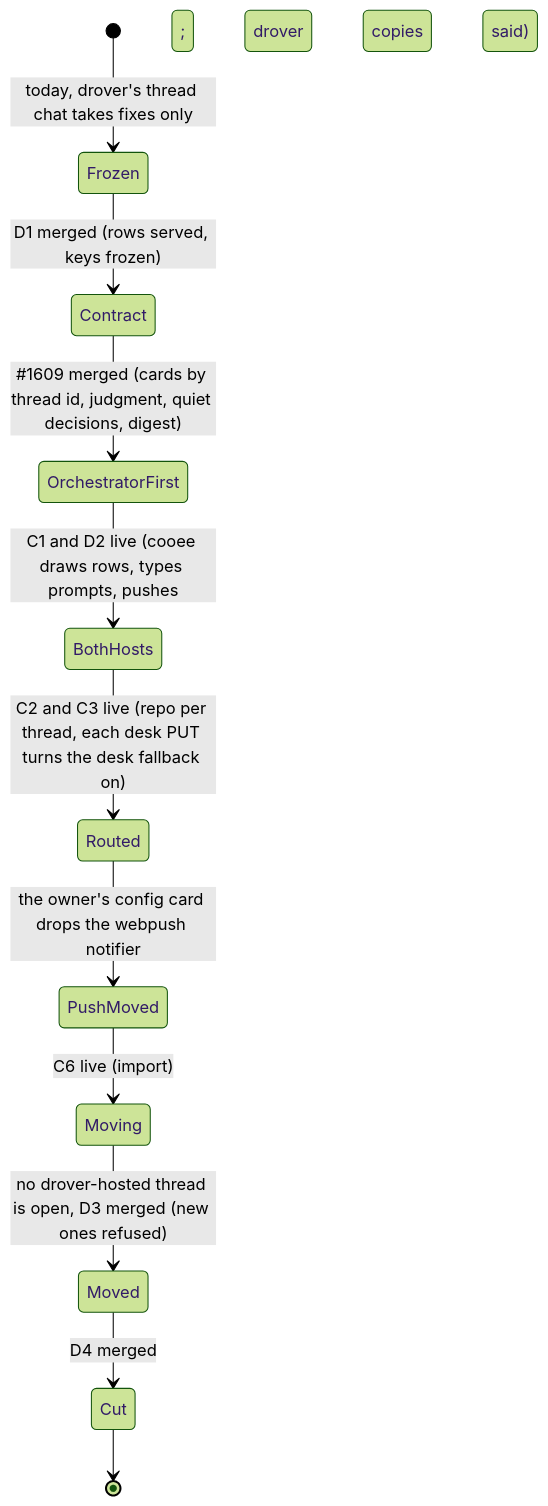
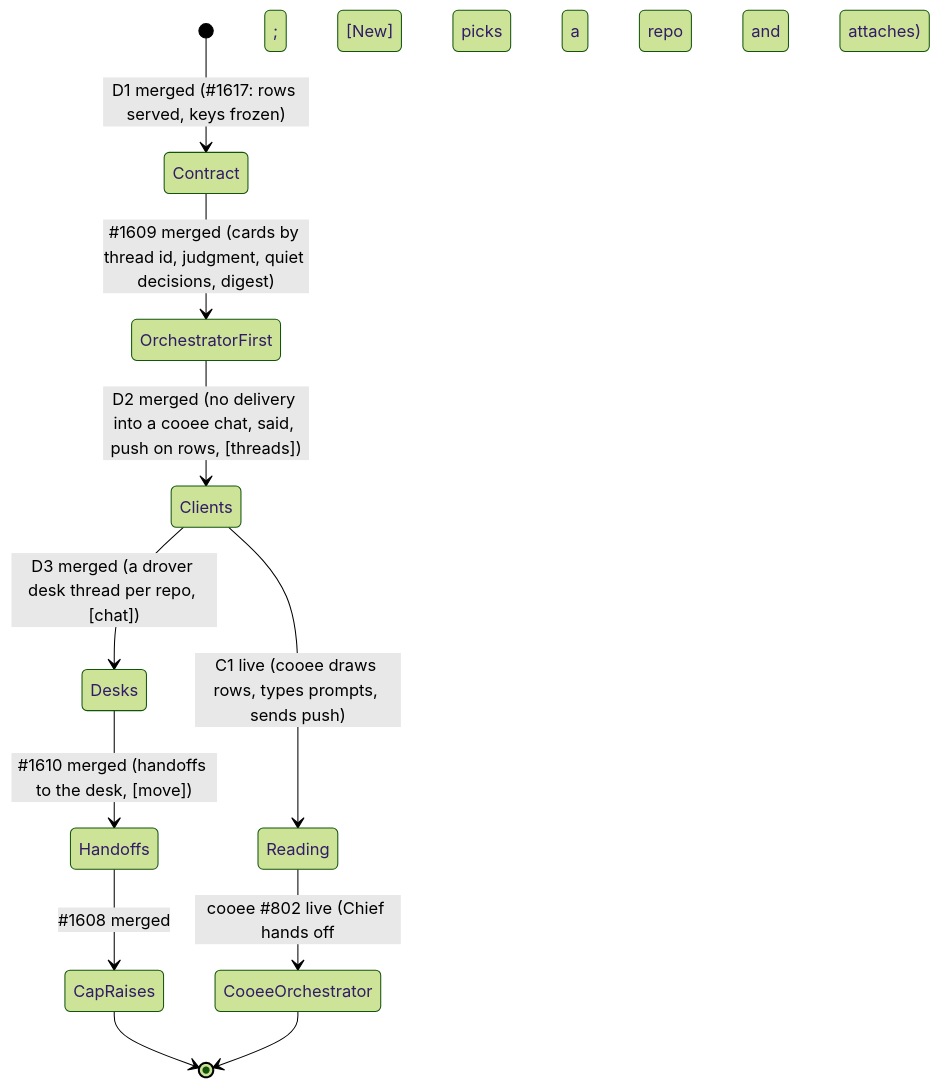
The first of 4 diagrams in docs/architecture/cooee-threads/boundaries.md (jirathip-dev/drover), drawn with Mermaid (forest theme) before and after one commit. The commit also changed other lines of this file and 4 other files, not shown here.

Commit message:
architect: cooee's Orchestrator is a drover client, drover keeps its threads; two run paths, nothing moves (#1571)

````diff
--- a/docs/architecture/cooee-threads/boundaries.md
+++ b/docs/architecture/cooee-threads/boundaries.md
@@ -33,13 +34,13 @@
 ```mermaid
 stateDiagram-v2
-    [*] --> Frozen: today, drover's thread chat takes fixes only
-    Frozen --> Contract: D1 merged (rows served, keys frozen)
+    [*] --> Contract: D1 merged (#1617: rows served, keys frozen)
     Contract --> OrchestratorFirst: #1609 merged (cards by thread id, judgment, quiet decisions, digest)
-    OrchestratorFirst --> BothHosts: C1 and D2 live (cooee draws rows, types prompts, pushes; drover copies said)
-    BothHosts --> Routed: C2 and C3 live (repo per thread, each desk PUT turns the desk fallback on)
-    Routed --> PushMoved: the owner's config card drops the webpush notifier
-    PushMoved --> Moving: C6 live (import)
-    Moving --> Moved: no drover-hosted thread is open, D3 merged (new ones refused)
-    Moved --> Cut: D4 merged
-    Cut --> [*]
+    OrchestratorFirst --> Clients: D2 merged (no delivery into a cooee chat, said, push on rows, [threads])
+    Clients --> Desks: D3 merged (a drover desk thread per repo, [chat])
+    Desks --> Handoffs: #1610 merged (handoffs to the desk, [move])
+    Handoffs --> CapRaises: #1608 merged
+    Clients --> Reading: C1 live (cooee draws rows, types prompts, sends push)
+    Reading --> CooeeOrchestrator: cooee #802 live (Chief hands off; [New] picks a repo and attaches)
+    CapRaises --> [*]
+    CooeeOrchestrator --> [*]
 ```
````
